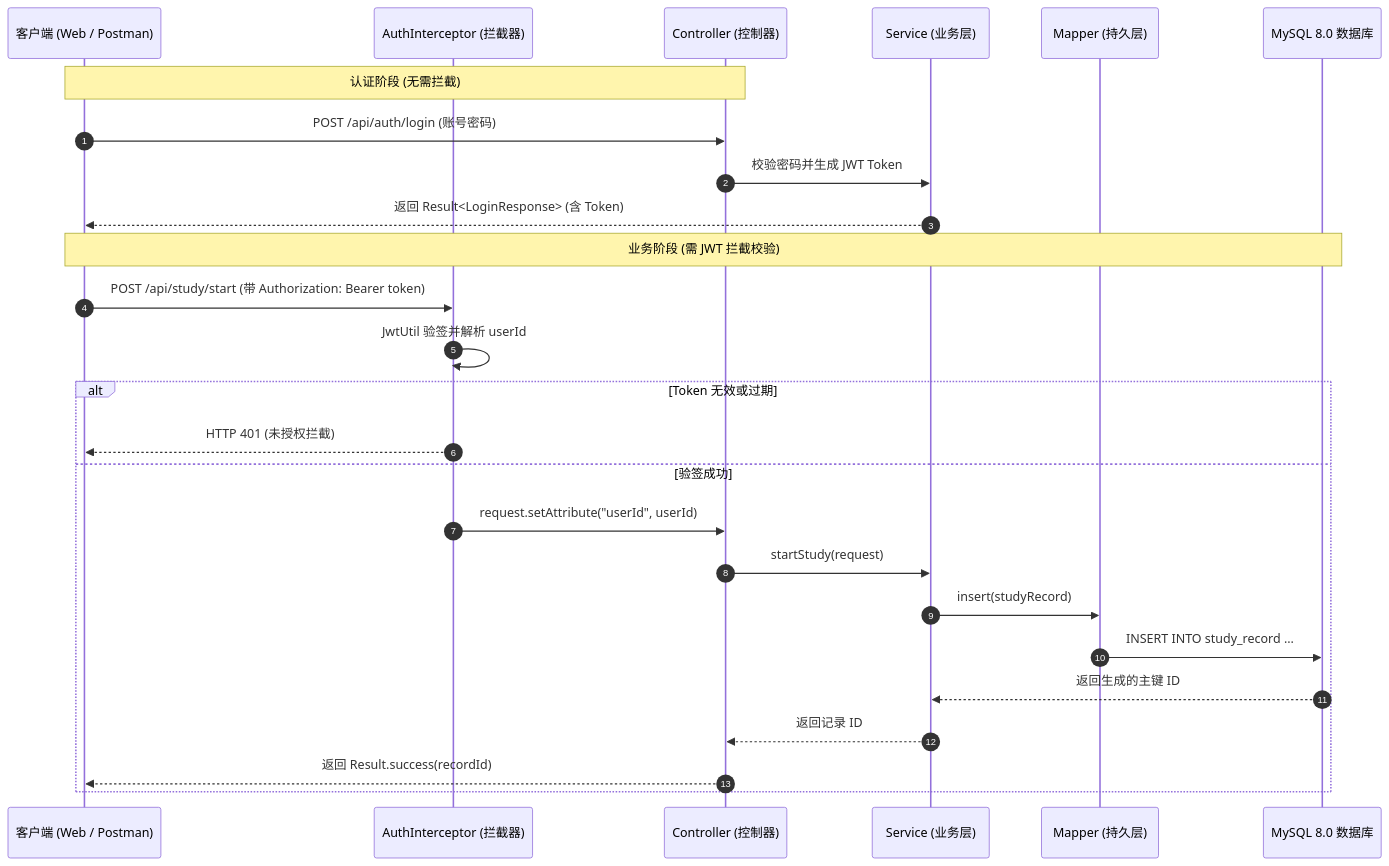
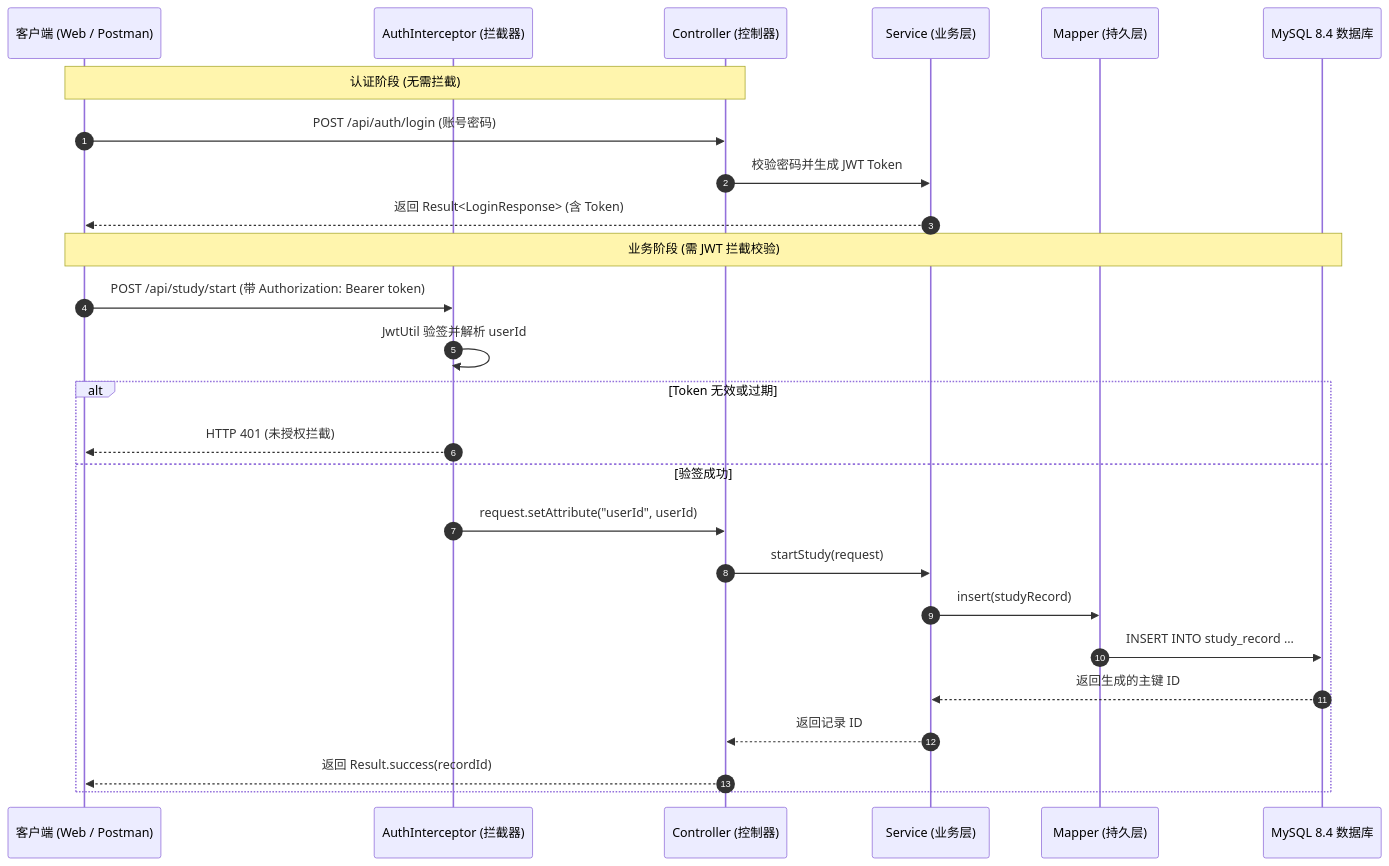
The diagram in guide/java-project-practice.md (wahahaorg/fullstack-road), drawn with Mermaid before and after one commit. The commit also changed other lines of this file and 34 other files, not shown here.

````diff
--- a/guide/java-project-practice.md
+++ b/guide/java-project-practice.md
@@ -37,30 +37,30 @@
 ```mermaid
 sequenceDiagram
     autonumber
     participant C as 客户端 (Web / Postman)
     participant I as AuthInterceptor (拦截器)
     participant Ctrl as Controller (控制器)
     participant Svc as Service (业务层)
     participant MP as Mapper (持久层)
-    participant DB as MySQL 8.0 数据库
+    participant DB as MySQL 8.4 数据库
 
     Note over C,Ctrl: 认证阶段 (无需拦截)
     C->>Ctrl: POST /api/auth/login (账号密码)
     Ctrl->>Svc: 校验密码并生成 JWT Token
     Svc-->>C: 返回 Result<LoginResponse> (含 Token)
 
     Note over C,DB: 业务阶段 (需 JWT 拦截校验)
     C->>I: POST /api/study/start (带 Authorization: Bearer token)
     I->>I: JwtUtil 验签并解析 userId
     alt Token 无效或过期
         I-->>C: HTTP 401 (未授权拦截)
     else 验签成功
         I->>Ctrl: request.setAttribute("userId", userId)
         Ctrl->>Svc: startStudy(request)
         Svc->>MP: insert(studyRecord)
         MP->>DB: INSERT INTO study_record ...
         DB-->>Svc: 返回生成的主键 ID
         Svc-->>Ctrl: 返回记录 ID
         Ctrl-->>C: 返回 Result.success(recordId)
     end
 ```
````
